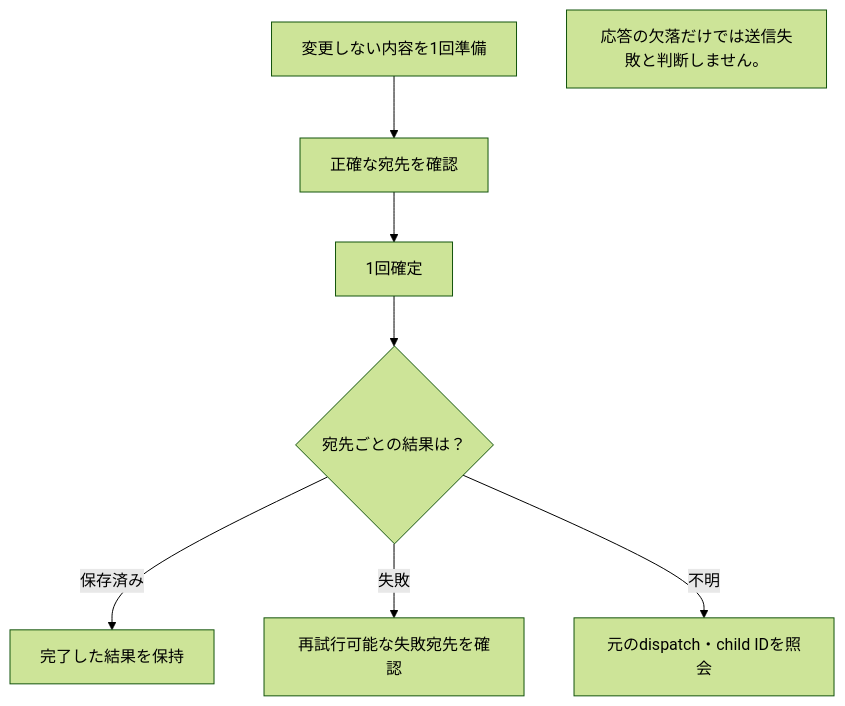
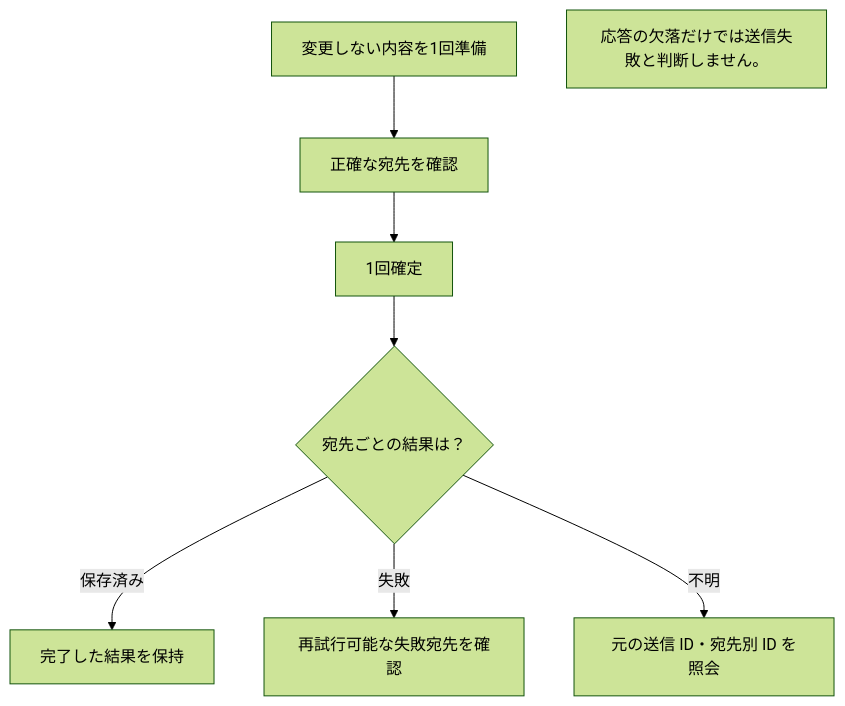
One commit to webkaz-labs/sobalink changed the diagram in docs/BATCH_SEND_ACCEPTANCE.ja.md. Above: the diagram before and after it, drawn with Mermaid (forest theme). The commit also changed other lines of this file and 111 other files, not shown here.

````diff
--- a/docs/BATCH_SEND_ACCEPTANCE.ja.md
+++ b/docs/BATCH_SEND_ACCEPTANCE.ja.md
@@ -19,13 +19,13 @@
 ```mermaid
 flowchart TD
  accTitle: 1回の確定と宛先ごとの証拠
  accDescr: 応答の欠落だけでは送信失敗と判断しません。
  A["変更しない内容を1回準備"] --> B["正確な宛先を確認"]
  B --> C["1回確定"]
  C --> D{"宛先ごとの結果は？"}
  D -->|保存済み| E["完了した結果を保持"]
  D -->|失敗| F["再試行可能な失敗宛先を確認"]
- D -->|不明| G["元のdispatch・child IDを照会"]
+ D -->|不明| G["元の送信 ID・宛先別 ID を照会"]
 
  LIMIT["応答の欠落だけでは送信失敗と判断しません。"]
 ```
````
